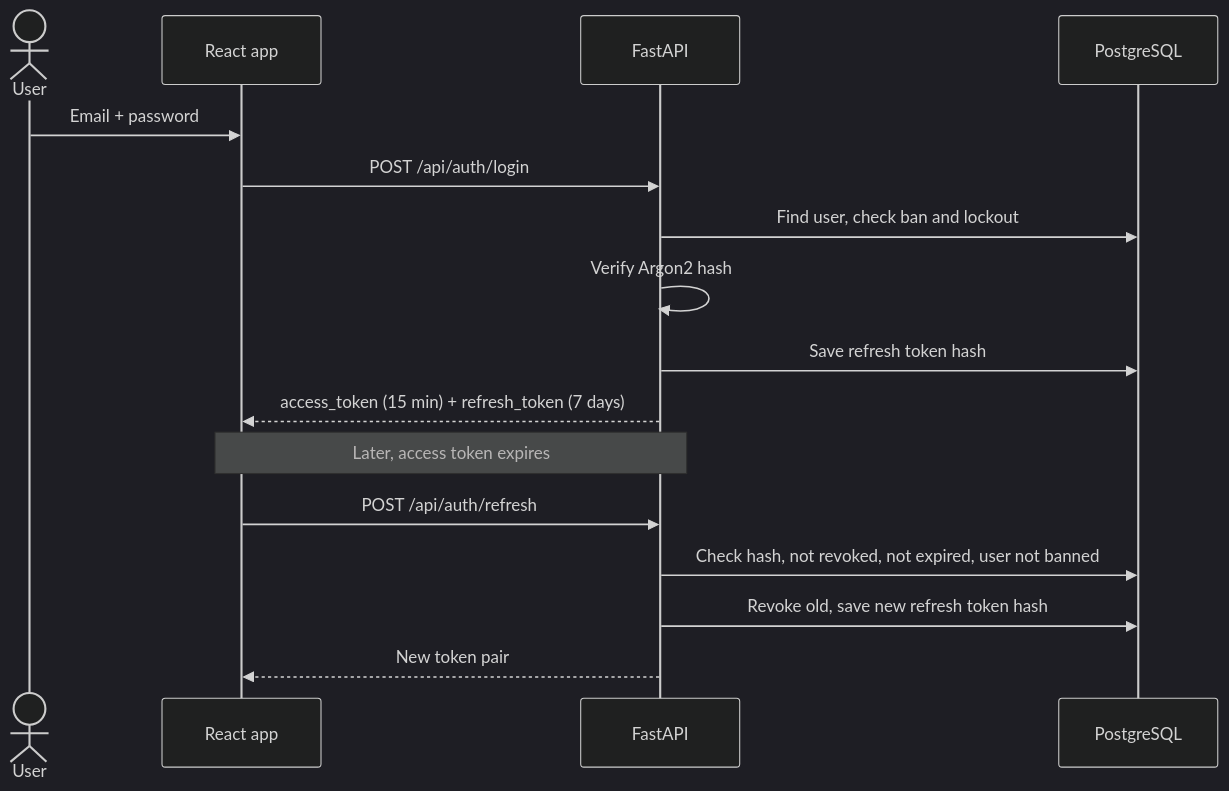
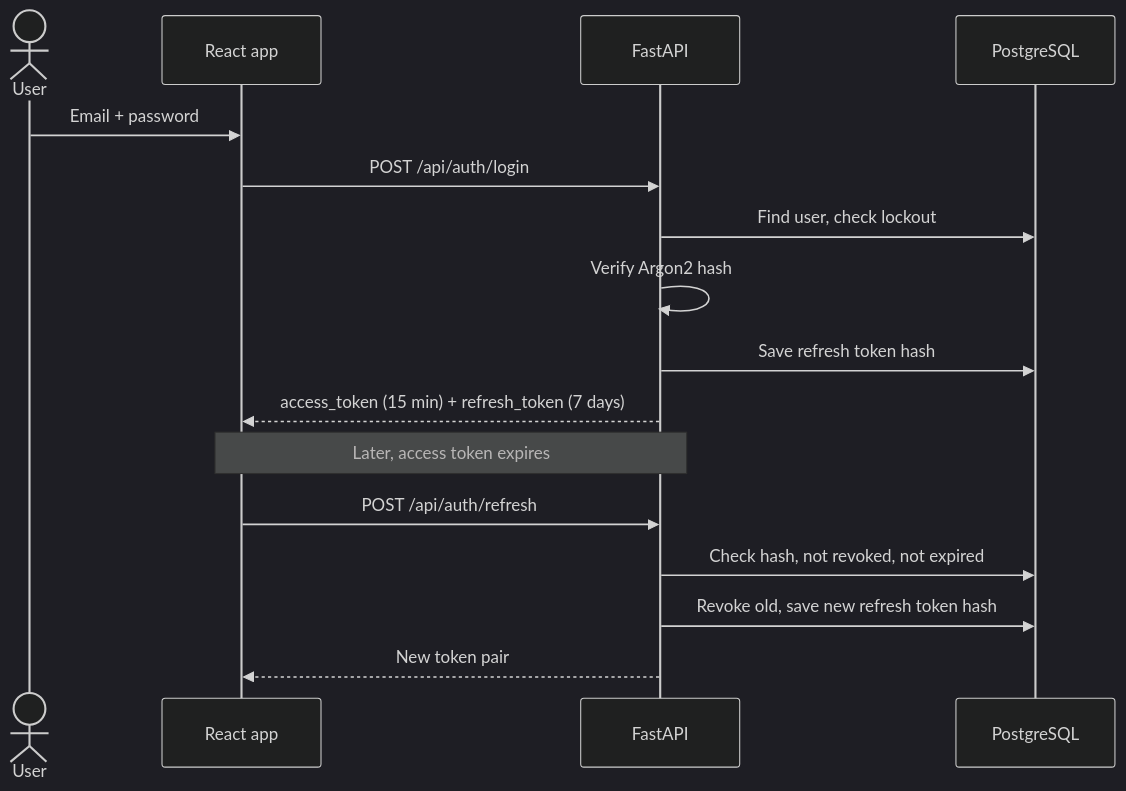
The third of 7 diagrams in docs/03-tdd.md (Rifat-stack/2311188_LostSpot), drawn with Mermaid (dark theme) before and after one commit. The commit also changed other lines of this file and 72 other files, not shown here.

````diff
--- a/docs/03-tdd.md
+++ b/docs/03-tdd.md
@@ -91,18 +93,18 @@
 ```mermaid
 sequenceDiagram
     actor U as User
     participant UI as React app
     participant API as FastAPI
     participant DB as PostgreSQL
     U->>UI: Email + password
     UI->>API: POST /api/auth/login
-    API->>DB: Find user, check ban and lockout
+    API->>DB: Find user, check lockout
     API->>API: Verify Argon2 hash
     API->>DB: Save refresh token hash
     API-->>UI: access_token (15 min) + refresh_token (7 days)
     Note over UI,API: Later, access token expires
     UI->>API: POST /api/auth/refresh
-    API->>DB: Check hash, not revoked, not expired, user not banned
+    API->>DB: Check hash, not revoked, not expired
     API->>DB: Revoke old, save new refresh token hash
     API-->>UI: New token pair
 ```
````
